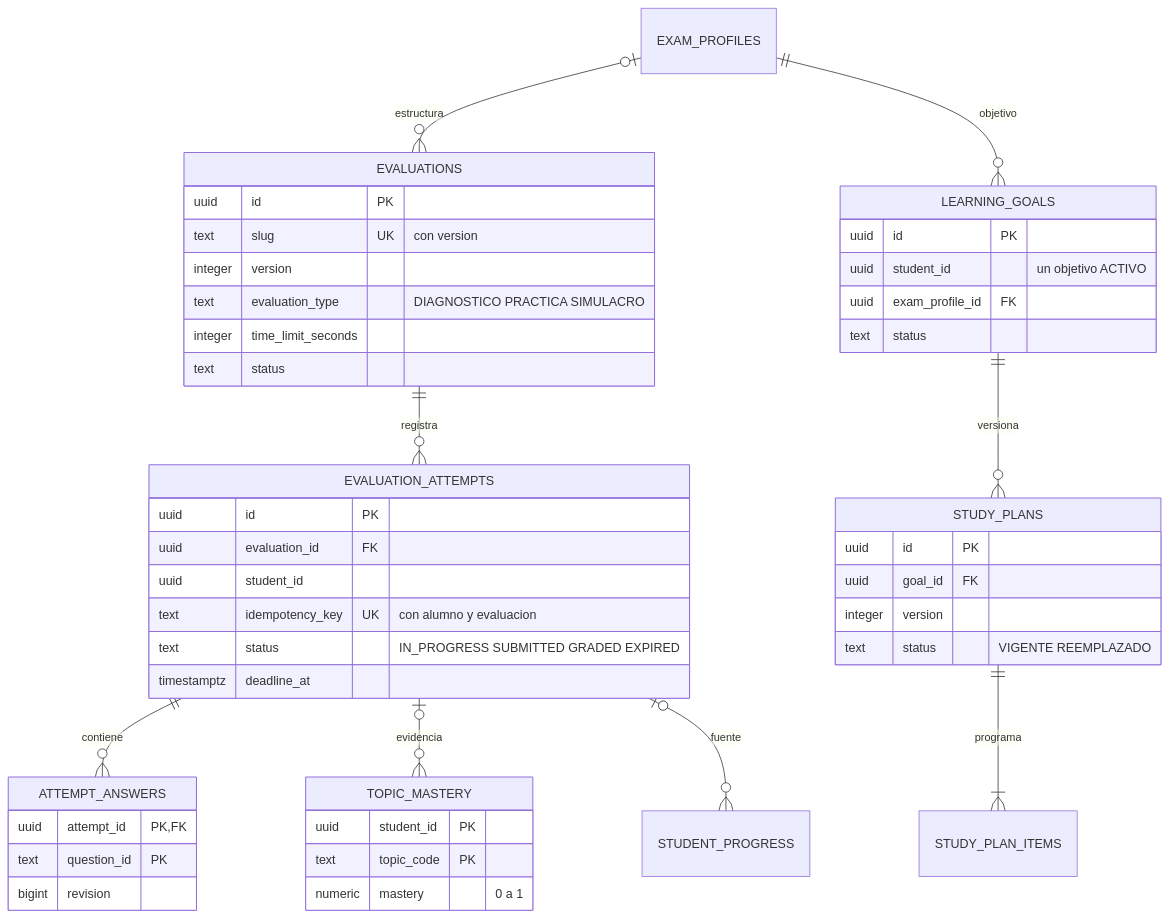
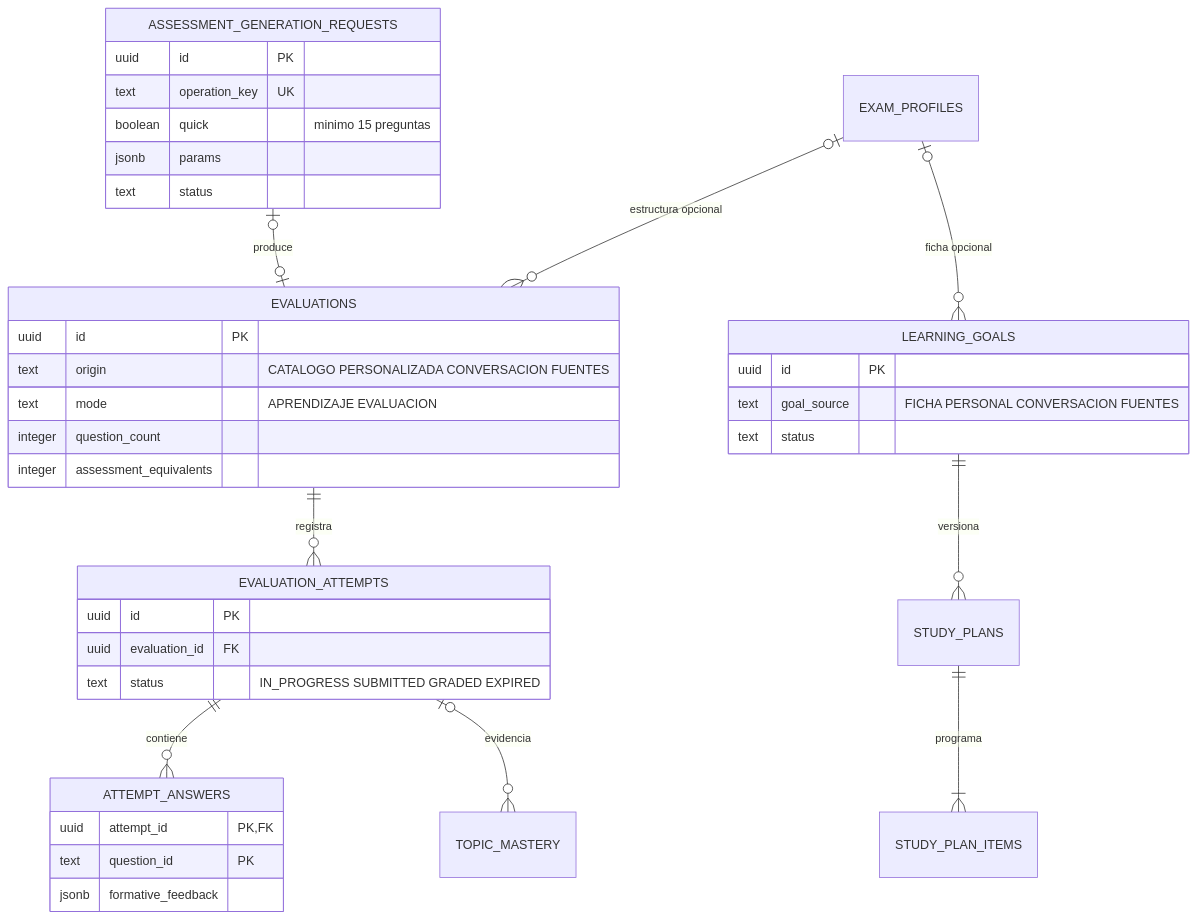
Before and after one commit to 100robert/Mentelyx: the fifth of 11 diagrams in docs/03-diseño-de-software/diseño-externo/01-diseño-de-persistencia-y-datos.md, drawn with Mermaid. The commit also changed other lines of this file and 676 other files, not shown here.

````diff
--- a/docs/03-diseño-de-software/diseño-externo/01-diseño-de-persistencia-y-datos.md
+++ b/docs/03-diseño-de-software/diseño-externo/01-diseño-de-persistencia-y-datos.md
@@ -1190,49 +1311,40 @@
 ```mermaid
 erDiagram
-  EXAM_PROFILES |o--o{ EVALUATIONS : "estructura"
+  EXAM_PROFILES |o--o{ EVALUATIONS : "estructura opcional"
+  ASSESSMENT_GENERATION_REQUESTS |o--o| EVALUATIONS : "produce"
   EVALUATIONS ||--o{ EVALUATION_ATTEMPTS : "registra"
   EVALUATION_ATTEMPTS ||--o{ ATTEMPT_ANSWERS : "contiene"
-  EXAM_PROFILES ||--o{ LEARNING_GOALS : "objetivo"
+  EXAM_PROFILES |o--o{ LEARNING_GOALS : "ficha opcional"
   LEARNING_GOALS ||--o{ STUDY_PLANS : "versiona"
   STUDY_PLANS ||--|{ STUDY_PLAN_ITEMS : "programa"
   EVALUATION_ATTEMPTS |o--o{ TOPIC_MASTERY : "evidencia"
-  EVALUATION_ATTEMPTS |o--o{ STUDENT_PROGRESS : "fuente"
   EVALUATIONS {
     uuid id PK
-    text slug UK "con version"
-    integer version
-    text evaluation_type "DIAGNOSTICO PRACTICA SIMULACRO"
-    integer time_limit_seconds
+    text origin "CATALOGO PERSONALIZADA CONVERSACION FUENTES"
+    text mode "APRENDIZAJE EVALUACION"
+    integer question_count
+    integer assessment_equivalents
+  }
+  ASSESSMENT_GENERATION_REQUESTS {
+    uuid id PK
+    text operation_key UK
+    boolean quick "minimo 15 preguntas"
+    jsonb params
     text status
   }
   EVALUATION_ATTEMPTS {
     uuid id PK
     uuid evaluation_id FK
-    uuid student_id
-    text idempotency_key UK "con alumno y evaluacion"
     text status "IN_PROGRESS SUBMITTED GRADED EXPIRED"
-    timestamptz deadline_at
   }
   ATTEMPT_ANSWERS {
     uuid attempt_id PK, FK
     text question_id PK
-    bigint revision
+    jsonb formative_feedback
   }
   LEARNING_GOALS {
     uuid id PK
-    uuid student_id "un objetivo ACTIVO"
-    uuid exam_profile_id FK
+    text goal_source "FICHA PERSONAL CONVERSACION FUENTES"
     text status
   }
-  STUDY_PLANS {
-    uuid id PK
-    uuid goal_id FK
-    integer version
-    text status "VIGENTE REEMPLAZADO"
-  }
-  TOPIC_MASTERY {
-    uuid student_id PK
-    text topic_code PK
-    numeric mastery "0 a 1"
-  }
 ```
````
